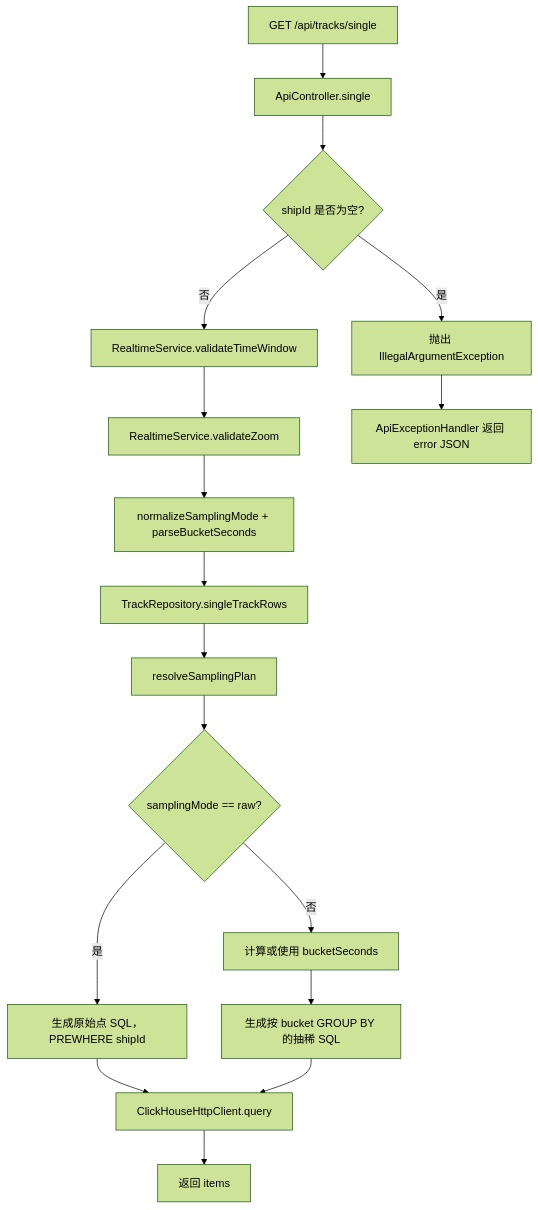
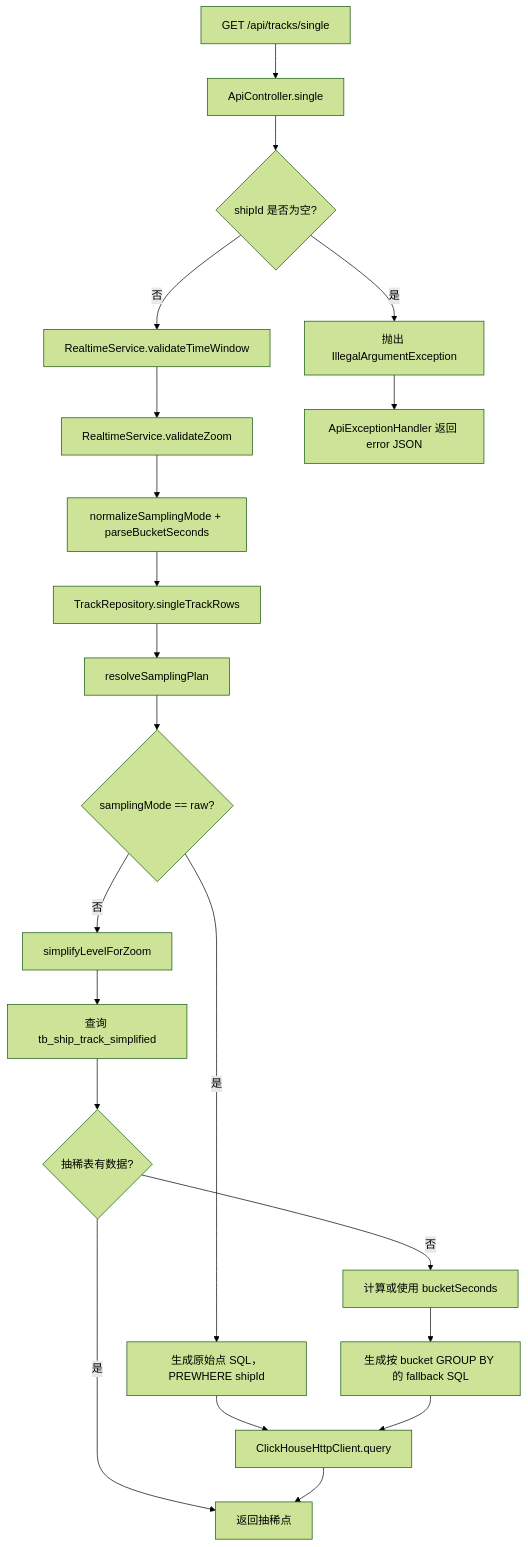
Before and after one commit to yuqiangdede/testTrack: diagram 14 of 19 in docs/API_FLOW.md, drawn with Mermaid (forest theme). The commit also changed other lines of this file and 14 other files, not shown here.

Commit message:
add simplified track table playback flow

````diff
--- a/docs/API_FLOW.md
+++ b/docs/API_FLOW.md
@@ -411,19 +442,23 @@
 ```mermaid
 flowchart TD
   A["GET /api/tracks/single"] --> B["ApiController.single"]
   B --> C{"shipId 是否为空?"}
   C -->|是| D["抛出 IllegalArgumentException"]
   C -->|否| E["RealtimeService.validateTimeWindow"]
   E --> F["RealtimeService.validateZoom"]
   F --> G["normalizeSamplingMode + parseBucketSeconds"]
   G --> H["TrackRepository.singleTrackRows"]
   H --> I["resolveSamplingPlan"]
   I --> J{"samplingMode == raw?"}
   J -->|是| K["生成原始点 SQL，PREWHERE shipId"]
-  J -->|否| L["计算或使用 bucketSeconds"]
-  L --> M["生成按 bucket GROUP BY 的抽稀 SQL"]
-  K --> N["ClickHouseHttpClient.query"]
-  M --> N
-  N --> O["返回 items"]
-  D --> P["ApiExceptionHandler 返回 error JSON"]
+  J -->|否| L["simplifyLevelForZoom"]
+  L --> M["查询 tb_ship_track_simplified"]
+  M --> N{"抽稀表有数据?"}
+  N -->|是| O["返回抽稀点"]
+  N -->|否| P["计算或使用 bucketSeconds"]
+  P --> Q["生成按 bucket GROUP BY 的 fallback SQL"]
+  K --> R["ClickHouseHttpClient.query"]
+  Q --> R
+  R --> O
+  D --> S["ApiExceptionHandler 返回 error JSON"]
 ```
````
